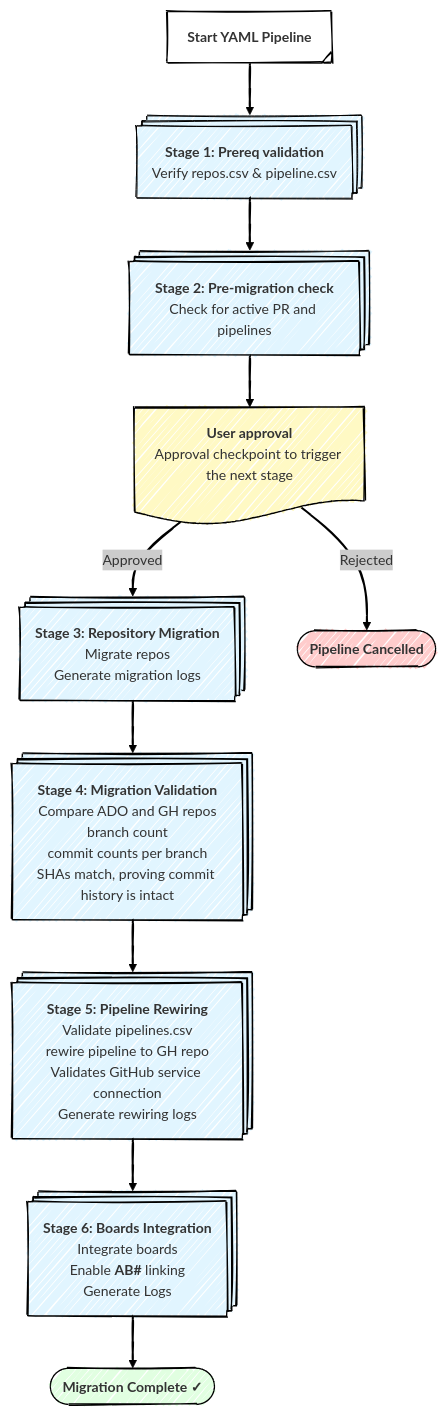
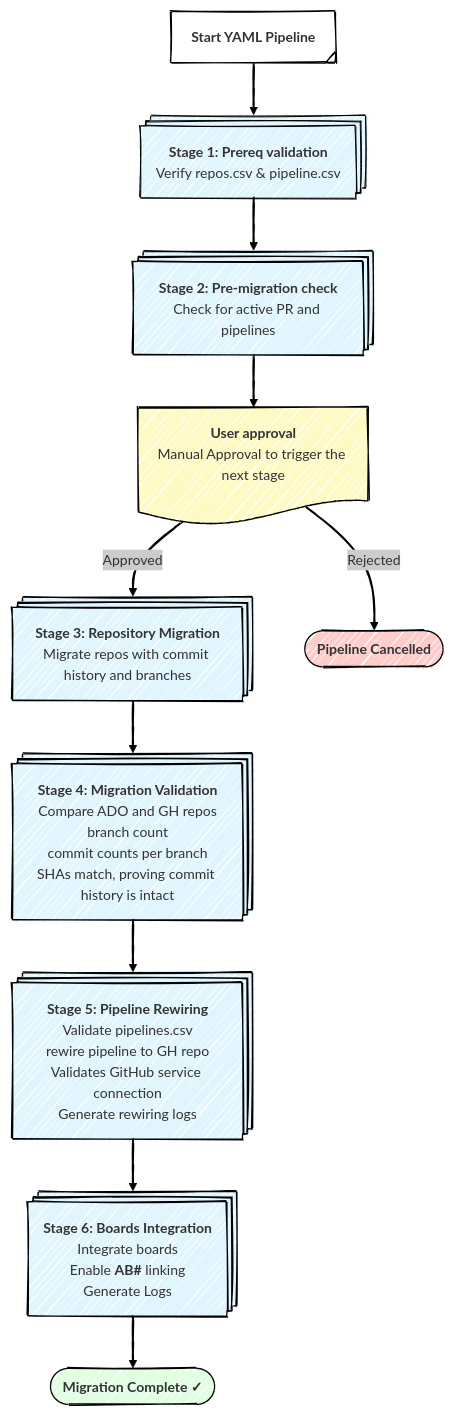
One commit to pinakighatak/ado2gh-ado-pipeline changed the diagram in README.md. Above: the diagram before and after it, drawn with Mermaid.

Commit message:
Update user approval stage in migration flowchart

````diff
--- a/README.md
+++ b/README.md
@@ -56,37 +56,37 @@
 ```mermaid
 ---
 config:
   theme: neo
   layout: dagre
   look: handDrawn
 ---
 flowchart TB
     Start["<b>Start YAML Pipeline</b>"] --> Stage1["<b>Stage 1: Prereq validation</b><br>Verify repos.csv & pipeline.csv"]
     Stage1 --> Stage2["<b>Stage 2: Pre-migration check</b><br>Check for active PR and pipelines"]
-    Stage2 --> Gate1["<b>User approval</b><br>Approval checkpoint to trigger the next stage"]
-    Gate1 -- Approved --> Stage3["<b>Stage 3: Repository Migration</b><br>Migrate repos<br>Generate migration logs"]
+    Stage2 --> Gate1["<b>User approval</b><br>Manual Approval to trigger the next stage"]
+    Gate1 -- Approved --> Stage3["<b>Stage 3: Repository Migration</b><br>Migrate repos with commit history and branches"]
     Gate1 -- Rejected --> End1["<b>Pipeline Cancelled</b>"]
     Stage3 --> Stage4["<b>Stage 4: Migration Validation</b><br>Compare ADO and GH repos<br>branch count<br>commit counts per branch<br>SHAs match, proving commit history is intact"]
     Stage4 --> Stage5["<b>Stage 5: Pipeline Rewiring</b><br>Validate pipelines.csv<br>rewire pipeline to GH repo<br>Validates GitHub service connection<br>Generate rewiring logs"]
     Stage5 --> Stage6["<b>Stage 6: Boards Integration</b><br>Integrate boards<br>Enable <b>AB#</b> linking<br>Generate Logs"]
     Stage6 --> Success(["<b>Migration Complete ✓</b>"])
     
     Start@{ shape: tag-proc}
     Stage1@{ shape: procs}
     Stage2@{ shape: procs}
     Gate1@{ shape: doc}
     Stage3@{ shape: procs}
     End1@{ shape: terminal}
     Stage4@{ shape: procs}
     Stage5@{ shape: procs}
     Stage6@{ shape: procs}
     style Stage1 fill:#e1f5ff,stroke-width:1px,stroke-dasharray: 0
     style Stage2 fill:#e1f5ff
     style Gate1 fill:#FFF9C4
     style Stage3 fill:#e1f5ff
     style End1 fill:#ffcccc
     style Stage4 fill:#e1f5ff
     style Stage5 fill:#e1f5ff
     style Stage6 fill:#e1f5ff
     style Success fill:#e1ffe1
 ```
````
